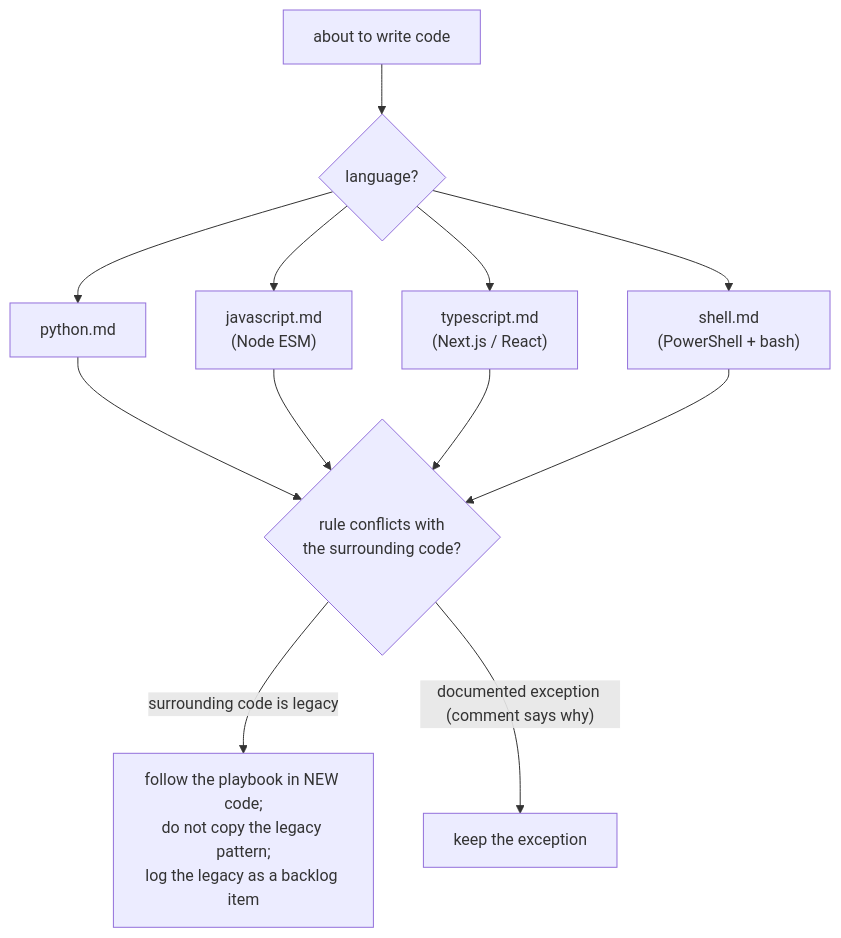
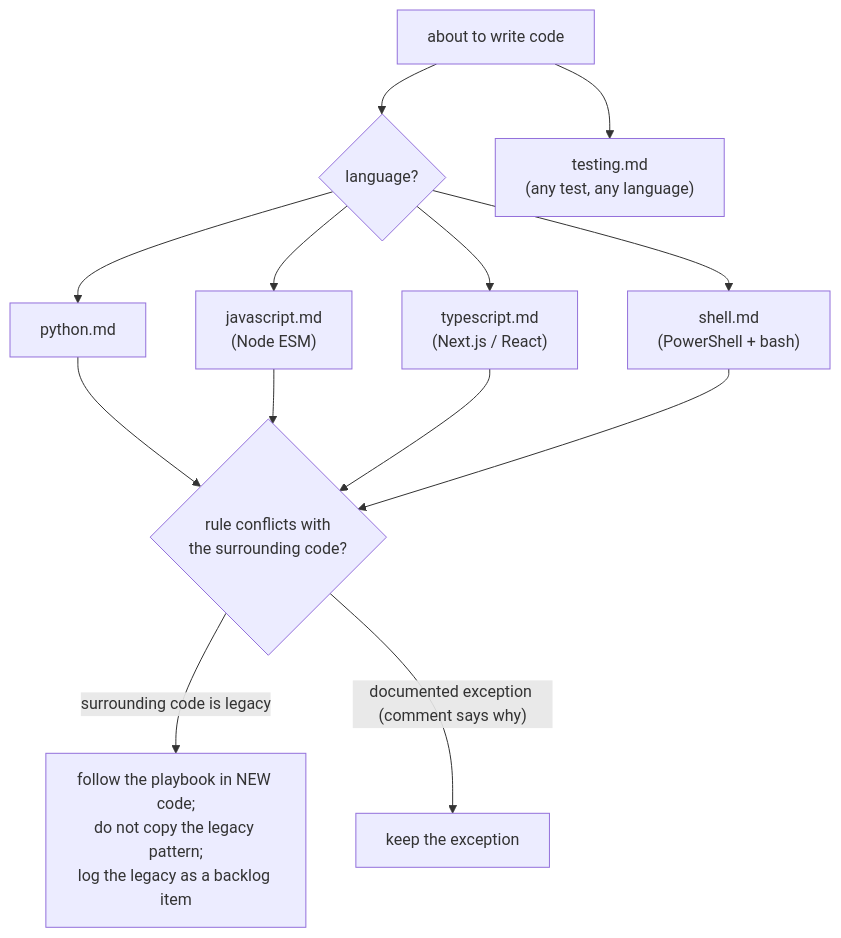
One commit to sibulus13/claudence changed the diagram in playbooks/README.md. Above: the diagram before and after it, drawn with Mermaid. The commit also changed other lines of this file and 4 other files, not shown here.

First line of the commit message:
docs: testing playbook (minimal outcome asserts, prove every test can fail) + pointers

````diff
--- a/playbooks/README.md
+++ b/playbooks/README.md
@@ -3,14 +3,15 @@
 ```mermaid
 flowchart TD
     W["about to write code"] --> L{"language?"}
     L --> P["python.md"]
     L --> J["javascript.md<br/>(Node ESM)"]
     L --> T["typescript.md<br/>(Next.js / React)"]
     L --> S["shell.md<br/>(PowerShell + bash)"]
+    W --> TT["testing.md<br/>(any test, any language)"]
     P --> R{"rule conflicts with<br/>the surrounding code?"}
     J --> R
     T --> R
     S --> R
     R -- "surrounding code is legacy" --> N["follow the playbook in NEW code;<br/>do not copy the legacy pattern;<br/>log the legacy as a backlog item"]
     R -- "documented exception (comment says why)" --> K["keep the exception"]
 ```
````
